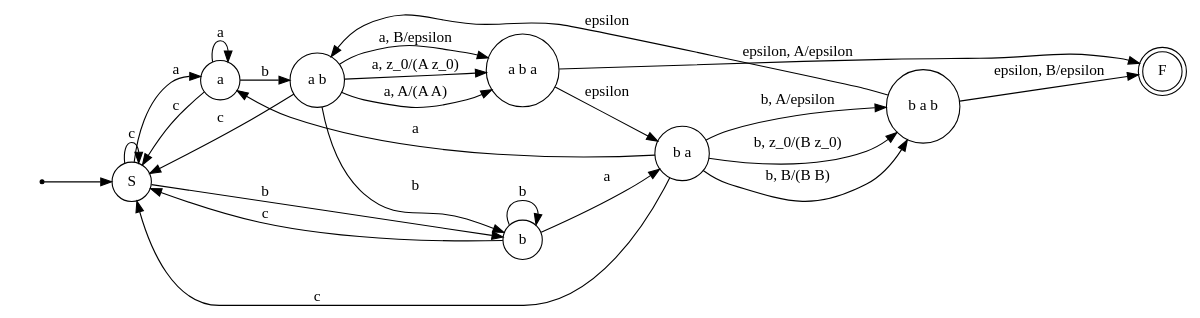
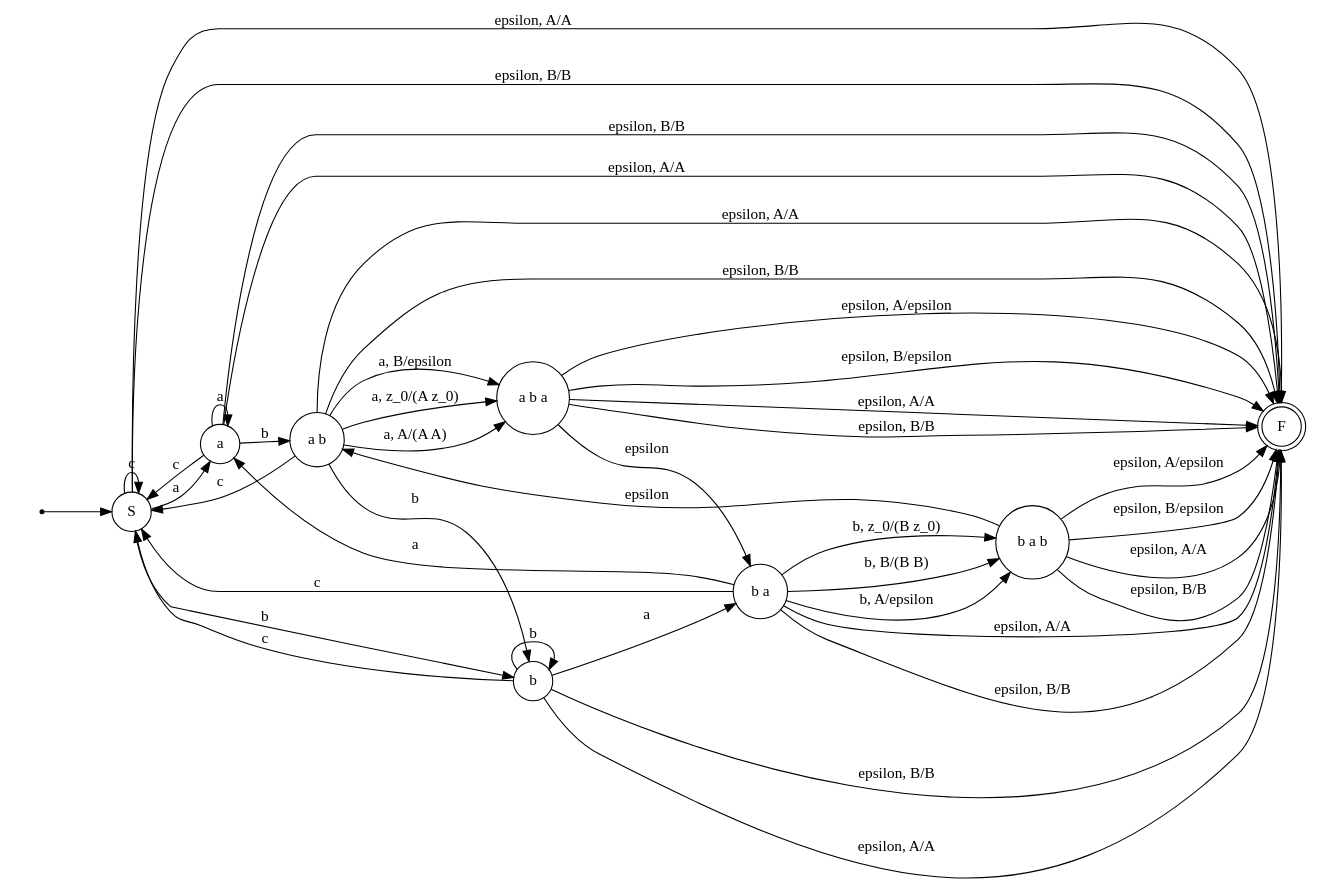
Before and after one commit to boomhaa/tfl-labs: the diagram in rks/graphs/task3.dot, drawn with Graphviz. The commit also changed 2 other files, not shown here.

```diff
--- a/rks/graphs/task3.dot
+++ b/rks/graphs/task3.dot
@@ -1,31 +1,47 @@
 digraph {
-	rankdir = LR
-	node [shape=circle]
-	dummy [label = "", shape = none]
- start [shape = point];
- start -> "S";
-	F [shape = doublecircle]
+    rankdir = LR
+    node [shape=circle]
+    dummy [label = "", shape = none]
+    start [shape = point];
+    start -> "S";
+    F [shape = doublecircle]
     S -> a [label = "a"];
     S -> b [label = "b"];
     S -> S [label = "c"];
-    a -> a [label = "a"]; // aa
-    b -> b [label = "b"]; // bb
+    a -> a [label = "a"];
+    b -> b [label = "b"];
     a -> "a b" [label = "b"];
     a -> S [label = "c"];
     "a b" -> "a b a" [label = "a, B/epsilon"]
     "a b" -> S [label = "c"];
     "a b" -> "a b a" [label = "a, z_0/(A z_0)"]
     "a b" -> "a b a" [label = "a, A/(A A)"]
     "a b" -> "b" [label = "b"];
     "a b a" -> "F" [label = "epsilon, A/epsilon"]
+    "a b a" -> "F" [label = "epsilon, B/epsilon"]
     "a b a" -> "b a" [label = "epsilon"]
     b -> "b a" [label = "a"];
     b -> S [label = "c"];
     "b a" -> "b a b" [label = "b, A/epsilon"]
     "b a" -> "b a b" [label = "b, z_0/(B z_0)"]
     "b a" -> "b a b" [label = "b, B/(B B)"]
     "b a" -> "S" [label = "c"];
     "b a" -> "a" [label = "a"];
+    "b a b" -> "F" [label = "epsilon, A/epsilon"]
     "b a b" -> "F" [label = "epsilon, B/epsilon"]
     "b a b" -> "a b" [label = "epsilon"]
+    S -> F [label="epsilon, A/A"];
+    S -> F [label="epsilon, B/B"];
+    a -> F [label="epsilon, A/A"];
+    a -> F [label="epsilon, B/B"];
+    b -> F [label="epsilon, A/A"];
+    b -> F [label="epsilon, B/B"];
+    "a b" -> F [label="epsilon, A/A"];
+    "a b" -> F [label="epsilon, B/B"];
+    "b a" -> F [label="epsilon, A/A"];
+    "b a" -> F [label="epsilon, B/B"];
+    "a b a" -> F [label="epsilon, A/A"];
+    "a b a" -> F [label="epsilon, B/B"];
+    "b a b" -> F [label="epsilon, A/A"];
+    "b a b" -> F [label="epsilon, B/B"];
 }
```
